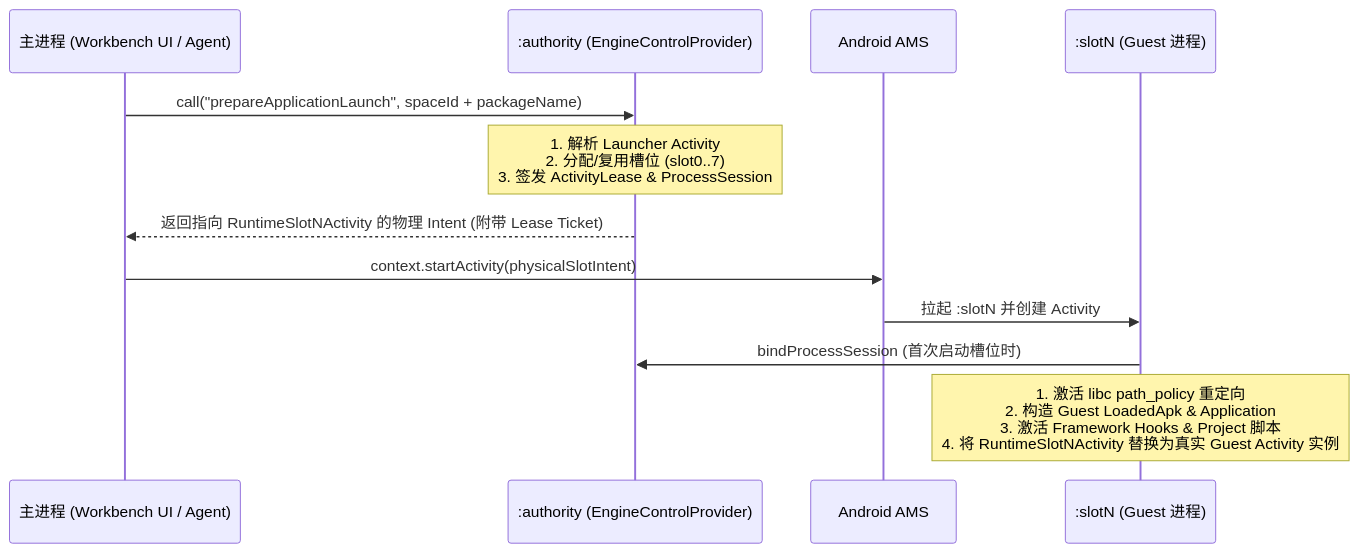
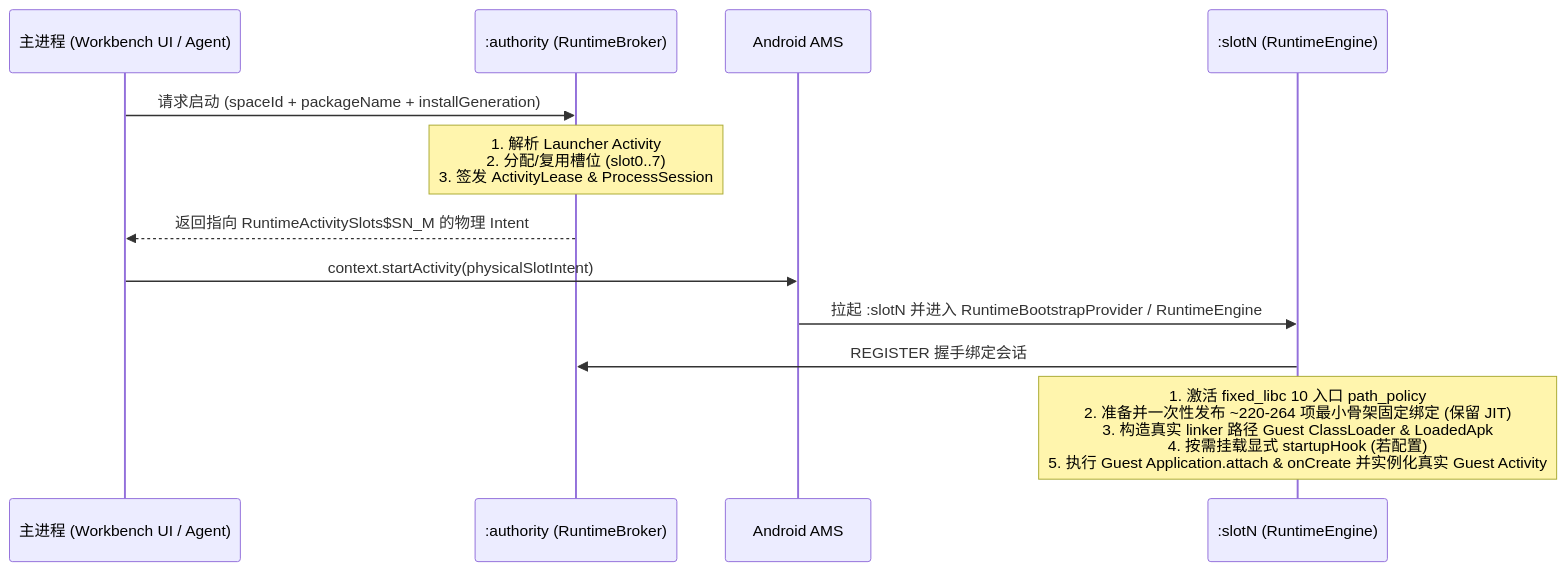
The diagram in docs/current-architecture.md (o0x1024/tripoder), drawn with Mermaid before and after one commit. The commit also changed other lines of this file and 62 other files, not shown here.

Commit message:
feat(runtime,docs): consolidate two-tier architecture, opt-in capabilities, and commercial app boundaries

````diff
--- a/docs/current-architecture.md
+++ b/docs/current-architecture.md
@@ -84,15 +68,15 @@
 ```mermaid
 sequenceDiagram
     participant UI as 主进程 (Workbench UI / Agent)
-    participant Auth as :authority (EngineControlProvider)
+    participant Auth as :authority (RuntimeBroker)
     participant AMS as Android AMS
-    participant Slot as :slotN (Guest 进程)
+    participant Slot as :slotN (RuntimeEngine)
 
-    UI->>Auth: call("prepareApplicationLaunch", spaceId + packageName)
+    UI->>Auth: 请求启动 (spaceId + packageName + installGeneration)
     Note over Auth: 1. 解析 Launcher Activity<br/>2. 分配/复用槽位 (slot0..7)<br/>3. 签发 ActivityLease & ProcessSession
-    Auth-->>UI: 返回指向 RuntimeSlotNActivity 的物理 Intent (附带 Lease Ticket)
+    Auth-->>UI: 返回指向 RuntimeActivitySlots$SN_M 的物理 Intent
     UI->>AMS: context.startActivity(physicalSlotIntent)
-    AMS->>Slot: 拉起 :slotN 并创建 Activity
-    Slot->>Auth: bindProcessSession (首次启动槽位时)
-    Note over Slot: 1. 激活 libc path_policy 重定向<br/>2. 构造 Guest LoadedApk & Application<br/>3. 激活 Framework Hooks & Project 脚本<br/>4. 将 RuntimeSlotNActivity 替换为真实 Guest Activity 实例
+    AMS->>Slot: 拉起 :slotN 并进入 RuntimeBootstrapProvider / RuntimeEngine
+    Slot->>Auth: REGISTER 握手绑定会话
+    Note over Slot: 1. 激活 fixed_libc 10 入口 path_policy<br/>2. 准备并一次性发布 ~220-264 项最小骨架固定绑定 (保留 JIT)<br/>3. 构造真实 linker 路径 Guest ClassLoader & LoadedApk<br/>4. 按需挂载显式 startupHook (若配置)<br/>5. 执行 Guest Application.attach & onCreate 并实例化真实 Guest Activity
 ```
````
